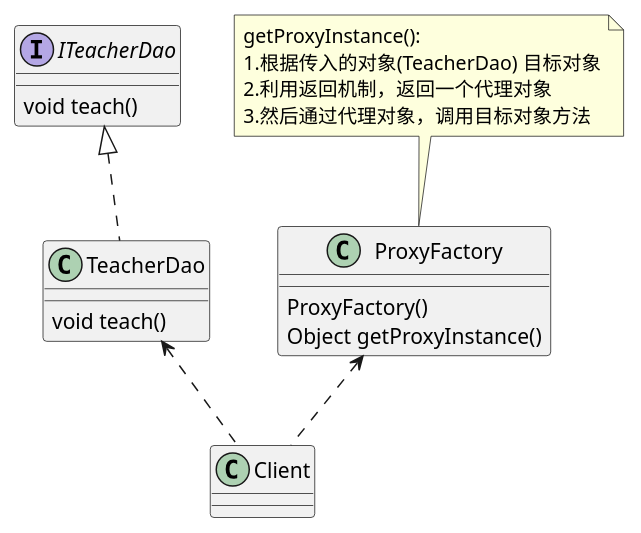
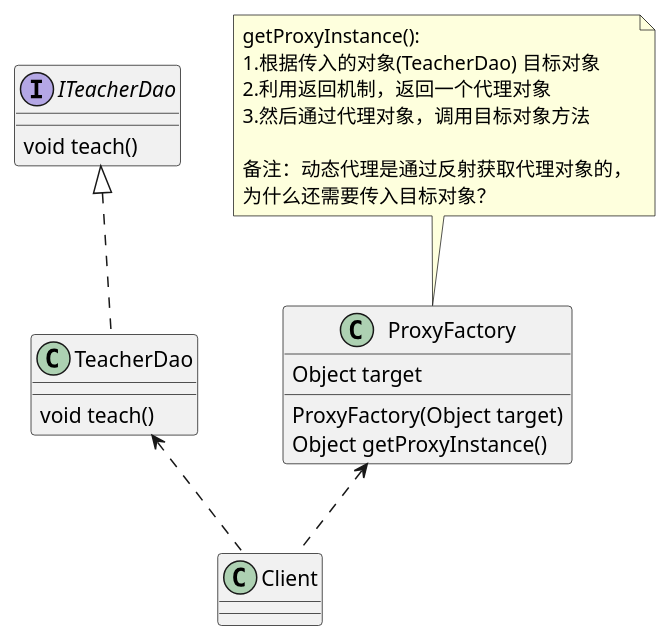
One commit to likaisheng001/mystudy changed the diagram in myspring/src/main/java/com/panda/study/designmodel/proxy/dynamicproxy/dynamicproxy.puml. Above: the diagram before and after it, drawn with PlantUML. The commit also changed 15 other files, not shown here.

```diff
--- a/myspring/src/main/java/com/panda/study/designmodel/proxy/dynamicproxy/dynamicproxy.puml
+++ b/myspring/src/main/java/com/panda/study/designmodel/proxy/dynamicproxy/dynamicproxy.puml
@@ -1,23 +1,27 @@
 @startuml
 
 interface ITeacherDao
 ITeacherDao : void teach()
 class TeacherDao
 TeacherDao : void teach()
 class ProxyFactory
-ProxyFactory : ProxyFactory()
+ProxyFactory : ProxyFactory(Object target)
 ProxyFactory : Object getProxyInstance()
+ProxyFactory : Object target
 class Client
 
 ITeacherDao <|.. TeacherDao
 ProxyFactory <.. Client
 TeacherDao <.. Client
 
 note as n1
 getProxyInstance():
 1.根据传入的对象(TeacherDao) 目标对象
 2.利用返回机制，返回一个代理对象
 3.然后通过代理对象，调用目标对象方法
+
+备注：动态代理是通过反射获取代理对象的，
+为什么还需要传入目标对象？
 end note
 n1 .. ProxyFactory
 @enduml
```
